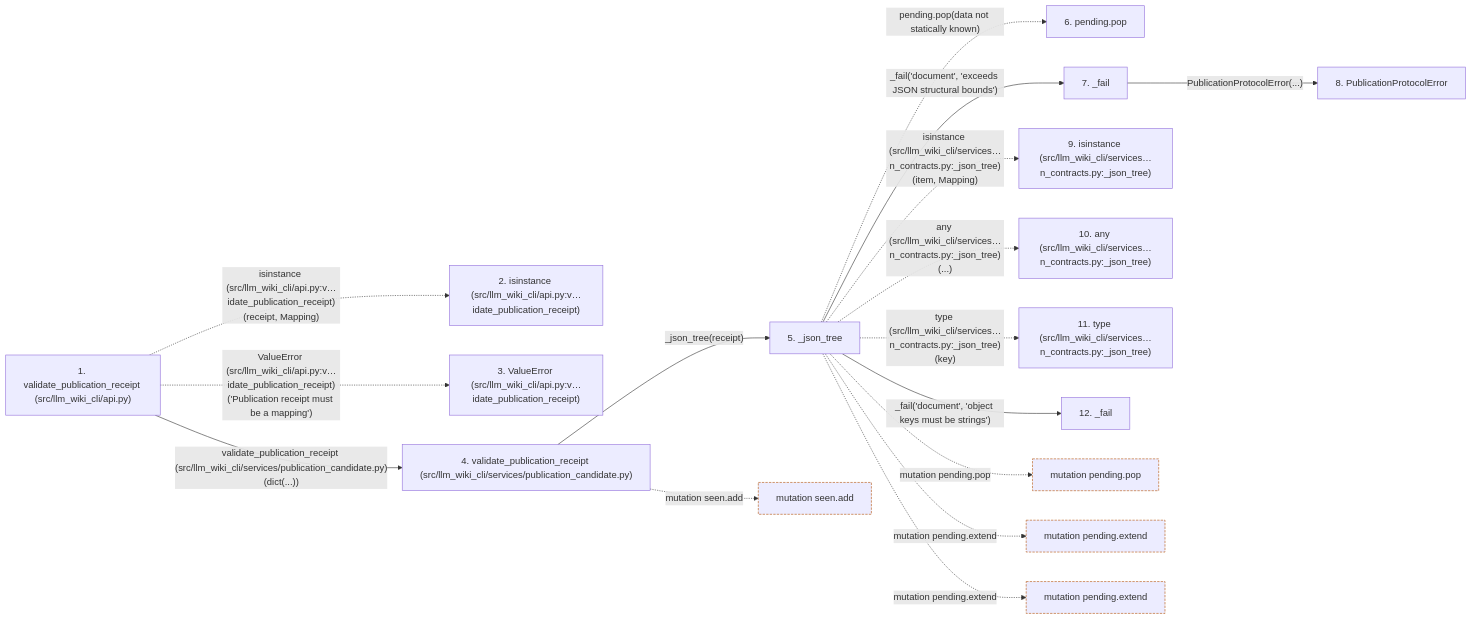
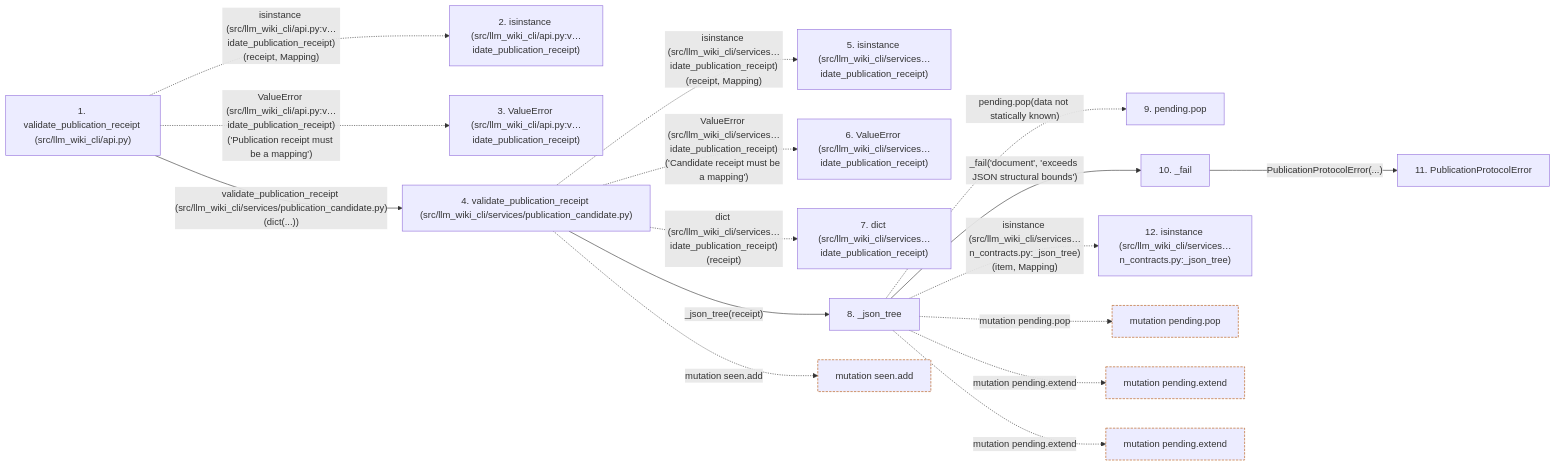
One commit to Denissvgn/python-wiki-llm changed the second of 2 diagrams in docs/llm_wiki/flows/api-validate_publication_receipt.md. Above: the diagram before and after it, drawn with Mermaid. The commit also changed other lines of this file and 222 other files, not shown here.

Commit message:
fix: protect portable wiki candidate inputs and review targets

````diff
--- a/docs/llm_wiki/flows/api-validate_publication_receipt.md
+++ b/docs/llm_wiki/flows/api-validate_publication_receipt.md
@@ -137,45 +137,44 @@
 ```mermaid
 flowchart LR
     s1["1. validate_publication_receipt (src/llm_wiki_cli/api.py)"]
     s2["2. isinstance (src/llm_wiki_cli/api.py:v…idate_publication_receipt)"]
     s3["3. ValueError (src/llm_wiki_cli/api.py:v…idate_publication_receipt)"]
     s4["4. validate_publication_receipt (src/llm_wiki_cli/services/publication_candidate.py)"]
-    s5["5. _json_tree"]
-    s6["6. pending.pop"]
-    s7["7. _fail"]
-    s8["8. PublicationProtocolError"]
-    s9["9. isinstance (src/llm_wiki_cli/services…n_contracts.py:_json_tree)"]
-    s10["10. any (src/llm_wiki_cli/services…n_contracts.py:_json_tree)"]
-    s11["11. type (src/llm_wiki_cli/services…n_contracts.py:_json_tree)"]
-    s12["12. _fail"]
+    s5["5. isinstance (src/llm_wiki_cli/services…idate_publication_receipt)"]
+    s6["6. ValueError (src/llm_wiki_cli/services…idate_publication_receipt)"]
+    s7["7. dict (src/llm_wiki_cli/services…idate_publication_receipt)"]
+    s8["8. _json_tree"]
+    s9["9. pending.pop"]
+    s10["10. _fail"]
+    s11["11. PublicationProtocolError"]
+    s12["12. isinstance (src/llm_wiki_cli/services…n_contracts.py:_json_tree)"]
     s1 -. "isinstance (src/llm_wiki_cli/api.py:v…idate_publication_receipt)(receipt, Mapping)" .-> s2
     s1 -. "ValueError (src/llm_wiki_cli/api.py:v…idate_publication_receipt)('Publication receipt must be a mapping')" .-> s3
     s1 -->|"validate_publication_receipt (src/llm_wiki_cli/services/publication_candidate.py)(dict(...))"| s4
-    s4 -->|"_json_tree(receipt)"| s5
-    s5 -. "pending.pop(data not statically known)" .-> s6
-    s5 -->|"_fail('document', 'exceeds JSON structural bounds')"| s7
-    s7 -->|"PublicationProtocolError(...)"| s8
-    s5 -. "isinstance (src/llm_wiki_cli/services…n_contracts.py:_json_tree)(item, Mapping)" .-> s9
-    s5 -. "any (src/llm_wiki_cli/services…n_contracts.py:_json_tree)(...)" .-> s10
-    s5 -. "type (src/llm_wiki_cli/services…n_contracts.py:_json_tree)(key)" .-> s11
-    s5 -->|"_fail('document', 'object keys must be strings')"| s12
+    s4 -. "isinstance (src/llm_wiki_cli/services…idate_publication_receipt)(receipt, Mapping)" .-> s5
+    s4 -. "ValueError (src/llm_wiki_cli/services…idate_publication_receipt)('Candidate receipt must be a mapping')" .-> s6
+    s4 -. "dict (src/llm_wiki_cli/services…idate_publication_receipt)(receipt)" .-> s7
+    s4 -->|"_json_tree(receipt)"| s8
+    s8 -. "pending.pop(data not statically known)" .-> s9
+    s8 -->|"_fail('document', 'exceeds JSON structural bounds')"| s10
+    s10 -->|"PublicationProtocolError(...)"| s11
+    s8 -. "isinstance (src/llm_wiki_cli/services…n_contracts.py:_json_tree)(item, Mapping)" .-> s12
     b0["mutation seen.add"]
     s4 -. "mutation seen.add" .-> b0
     b1["mutation pending.pop"]
-    s5 -. "mutation pending.pop" .-> b1
+    s8 -. "mutation pending.pop" .-> b1
     b2["mutation pending.extend"]
-    s5 -. "mutation pending.extend" .-> b2
+    s8 -. "mutation pending.extend" .-> b2
     b3["mutation pending.extend"]
-    s5 -. "mutation pending.extend" .-> b3
+    s8 -. "mutation pending.extend" .-> b3
     click s1 "../modules/api.md"
     click s4 "../modules/publication_candidate.md"
-    click s5 "../modules/publication_contracts.md"
-    click s7 "../modules/publication_contracts.md"
     click s8 "../modules/publication_contracts.md"
-    click s12 "../modules/publication_contracts.md"
+    click s10 "../modules/publication_contracts.md"
+    click s11 "../modules/publication_contracts.md"
     classDef boundary stroke:#b45309,stroke-dasharray: 4 2
     class b0 boundary
     class b1 boundary
     class b2 boundary
     class b3 boundary
 ```
````
